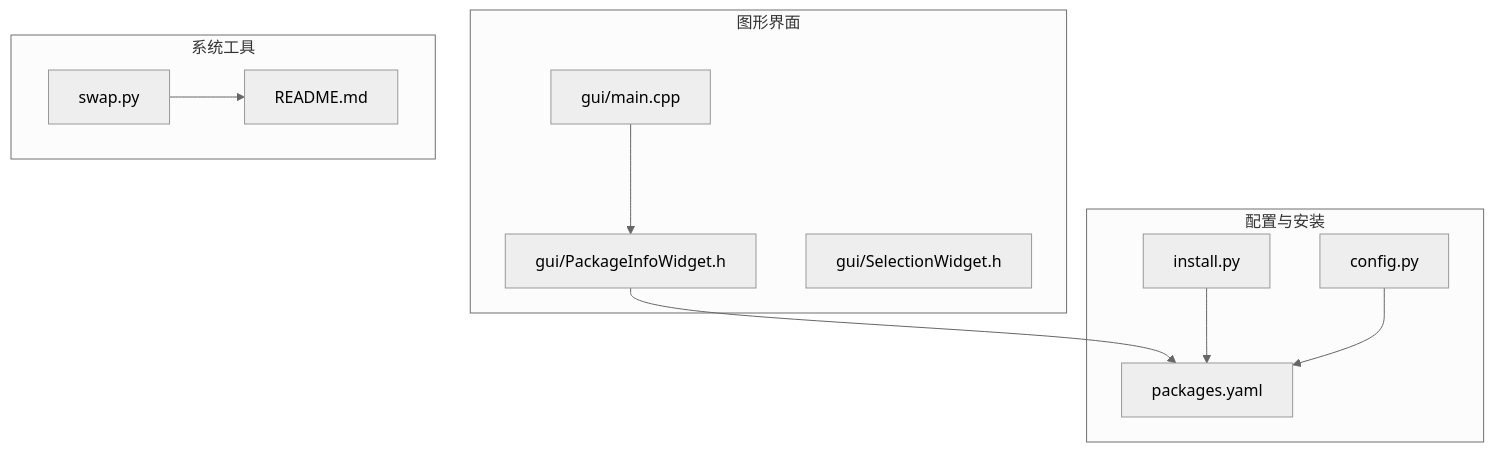
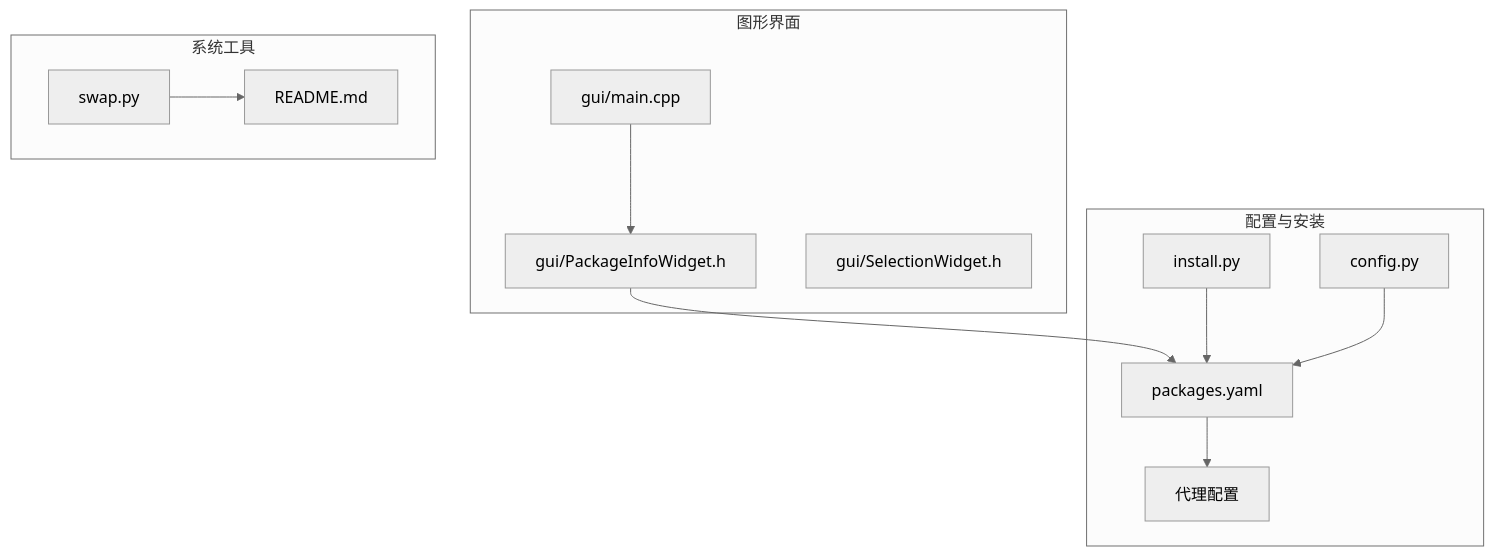
One commit to firestrongarch/install changed the first of 4 diagrams in .qoder/repowiki/zh/content/配置管理.md. Above: the diagram before and after it, drawn with Mermaid (neutral theme). The commit also changed other lines of this file and 3 other files, not shown here.

````diff
--- a/.qoder/repowiki/zh/content/配置管理.md
+++ b/.qoder/repowiki/zh/content/配置管理.md
@@ -42,22 +50,24 @@
 ```mermaid
 graph TB
 subgraph "配置与安装"
 PY["install.py"]
 CFG["packages.yaml"]
 CONF["config.py"]
+PROXY["代理配置"]
 end
 subgraph "图形界面"
 GUI_MAIN["gui/main.cpp"]
 GUI_PKG["gui/PackageInfoWidget.h"]
 GUI_SEL["gui/SelectionWidget.h"]
 end
 subgraph "系统工具"
 SWAP["swap.py"]
 README["README.md"]
 end
 PY --> CFG
+CFG --> PROXY
 GUI_MAIN --> GUI_PKG
 GUI_PKG --> CFG
 CONF --> CFG
 SWAP --> README
 ```
````
